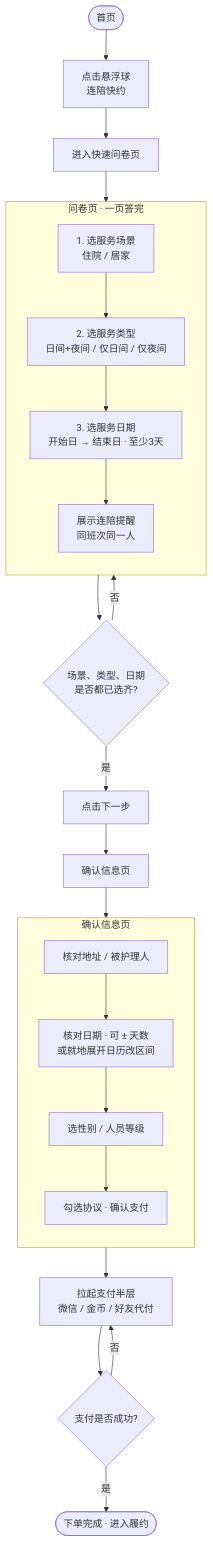
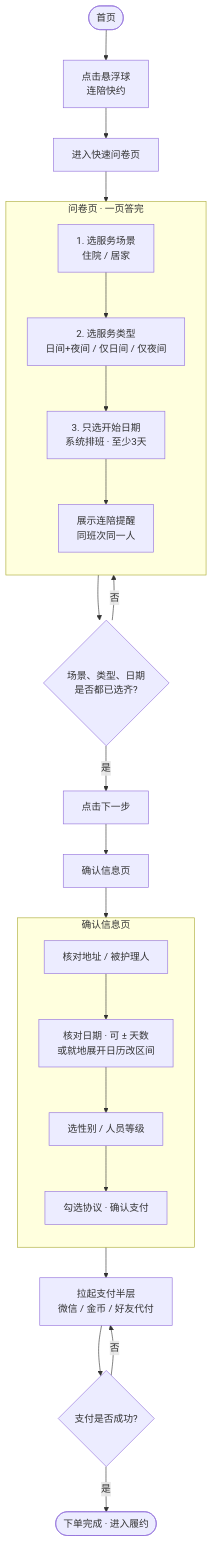
The first of 2 diagrams in order_quickly/PRD-R-261022-019-连续陪护快下单.md (haiyan-design/prototypes), drawn with Mermaid before and after one commit. The commit also changed other lines of this file and 5 other files, not shown here.

````diff
--- a/order_quickly/PRD-R-261022-019-连续陪护快下单.md
+++ b/order_quickly/PRD-R-261022-019-连续陪护快下单.md
@@ -144,36 +148,36 @@
 ```mermaid
 flowchart TD
   A([首页]) --> B[点击悬浮球<br/>连陪快约]
   B --> C[进入快速问卷页]
 
   subgraph Q[问卷页 · 一页答完]
     direction TB
     C1[1. 选服务场景<br/>住院 / 居家]
     C2[2. 选服务类型<br/>日间+夜间 / 仅日间 / 仅夜间]
-    C3[3. 选服务日期<br/>开始日 → 结束日 · 至少3天]
+    C3[3. 只选开始日期<br/>系统排班 · 至少3天]
     C4[展示连陪提醒<br/>同班次同一人]
     C1 --> C2 --> C3 --> C4
   end
 
   C --> C1
   C4 --> D{场景、类型、日期<br/>是否都已选齐?}
   D -->|否| C1
   D -->|是| E[点击下一步]
 
   E --> F[确认信息页]
 
   subgraph P2[确认信息页]
     direction TB
     F1[核对地址 / 被护理人]
     F2[核对日期 · 可 ± 天数<br/>或就地展开日历改区间]
     F3[选性别 / 人员等级]
     F4[勾选协议 · 确认支付]
     F1 --> F2 --> F3 --> F4
   end
 
   F --> F1
   F4 --> G[拉起支付半层<br/>微信 / 金币 / 好友代付]
   G --> H{支付是否成功?}
   H -->|否| G
   H -->|是| I([下单完成 · 进入履约])
 ```
````
